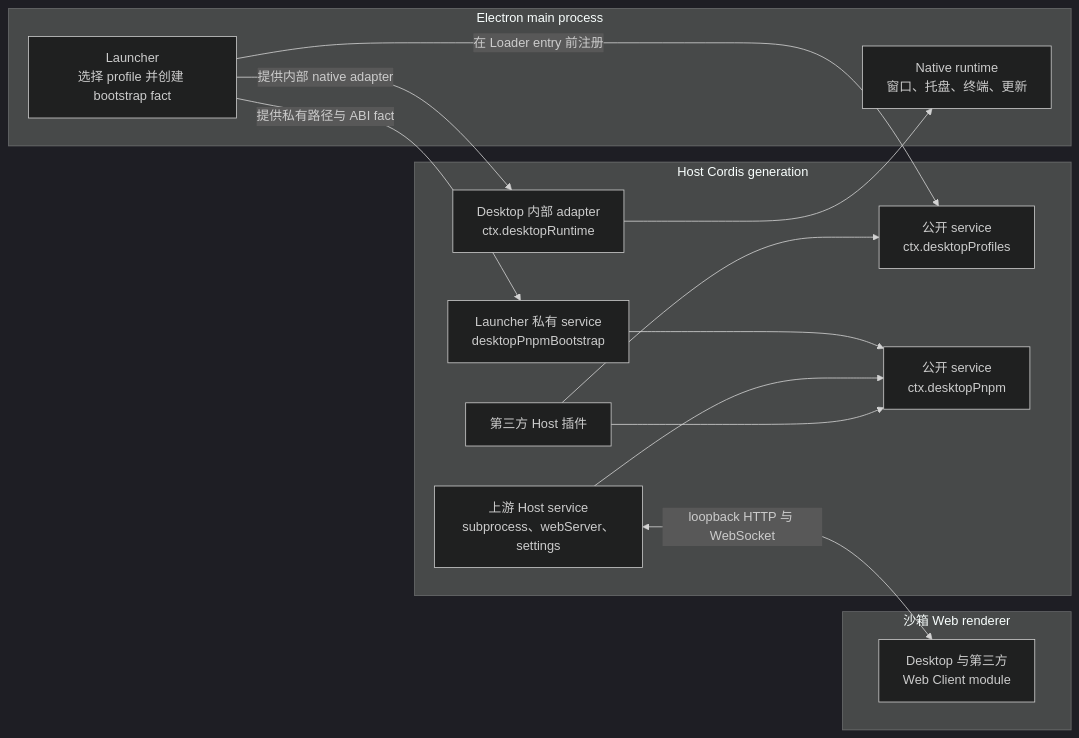
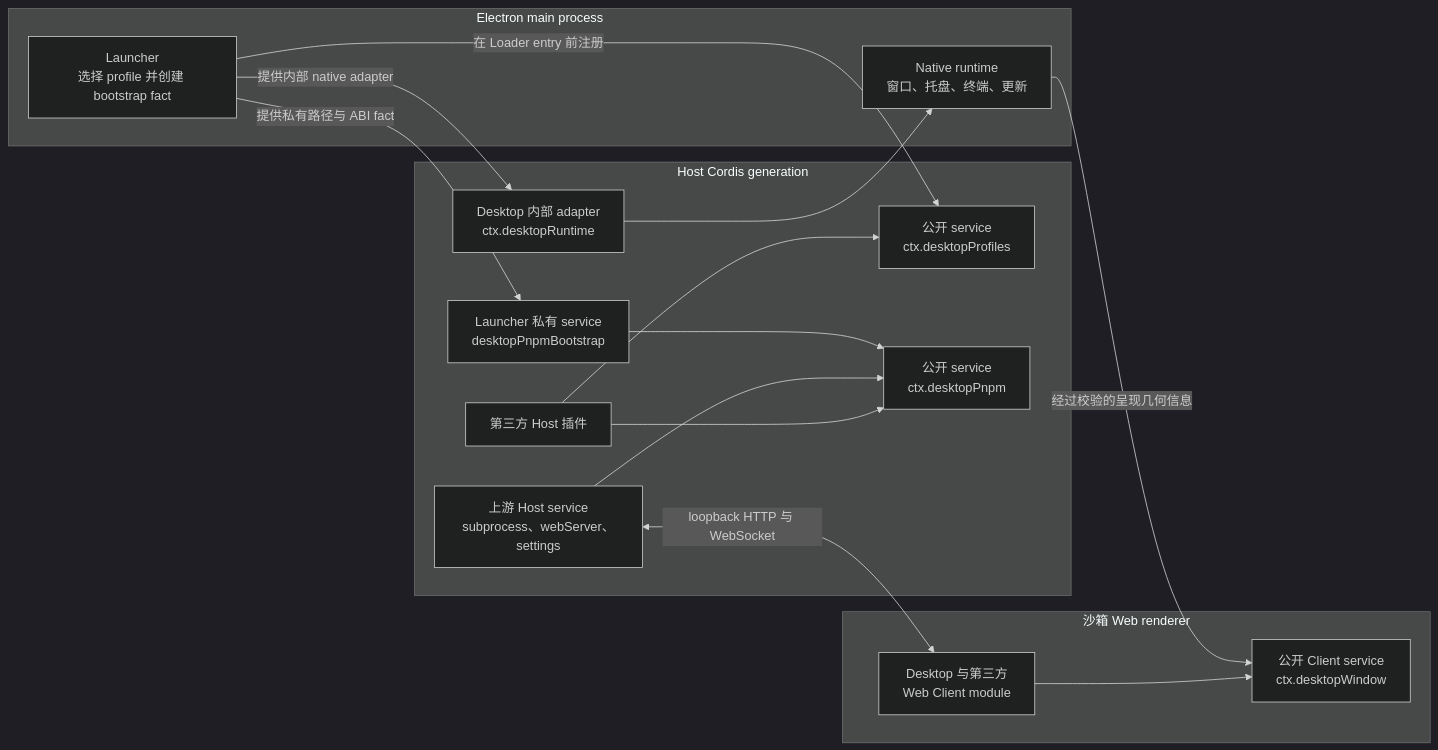
Before and after one commit to 976905690/deepseek-harness-desktop: the diagram in dsh-plugin-desktop/docs/plugin-services.zh.md, drawn with Mermaid (dark theme). The commit also changed other lines of this file and 25 other files, not shown here.

Commit message:
fix(desktop): preserve macOS window state and expose chrome geometry

````diff
--- a/dsh-plugin-desktop/docs/plugin-services.zh.md
+++ b/dsh-plugin-desktop/docs/plugin-services.zh.md
@@ -9,30 +9,33 @@
 ```mermaid
 flowchart LR
   subgraph Electron["Electron main process"]
     Launcher["Launcher<br/>选择 profile 并创建 bootstrap fact"]
     Native["Native runtime<br/>窗口、托盘、终端、更新"]
   end
 
   subgraph Host["Host Cordis generation"]
     Profiles["公开 service<br/>ctx.desktopProfiles"]
     Bootstrap["Launcher 私有 service<br/>desktopPnpmBootstrap"]
     Pnpm["公开 service<br/>ctx.desktopPnpm"]
     Runtime["Desktop 内部 adapter<br/>ctx.desktopRuntime"]
     Upstream["上游 Host service<br/>subprocess、webServer、settings"]
     Plugin["第三方 Host 插件"]
   end
 
   subgraph Renderer["沙箱 Web renderer"]
     Client["Desktop 与第三方<br/>Web Client module"]
+    Window["公开 Client service<br/>ctx.desktopWindow"]
   end
 
   Launcher -->|"在 Loader entry 前注册"| Profiles
   Launcher -->|"提供私有路径与 ABI fact"| Bootstrap
   Launcher -->|"提供内部 native adapter"| Runtime
   Bootstrap --> Pnpm
   Upstream --> Pnpm
   Runtime --> Native
+  Native -->|"经过校验的呈现几何信息"| Window
   Plugin --> Profiles
   Plugin --> Pnpm
   Upstream <-->|"loopback HTTP 与 WebSocket"| Client
+  Client --> Window
 ```
````
